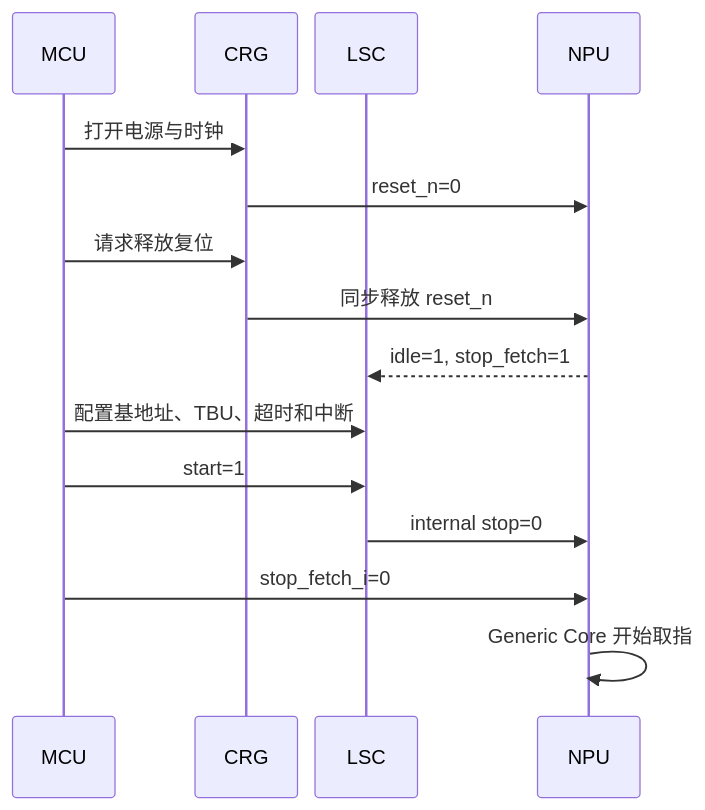
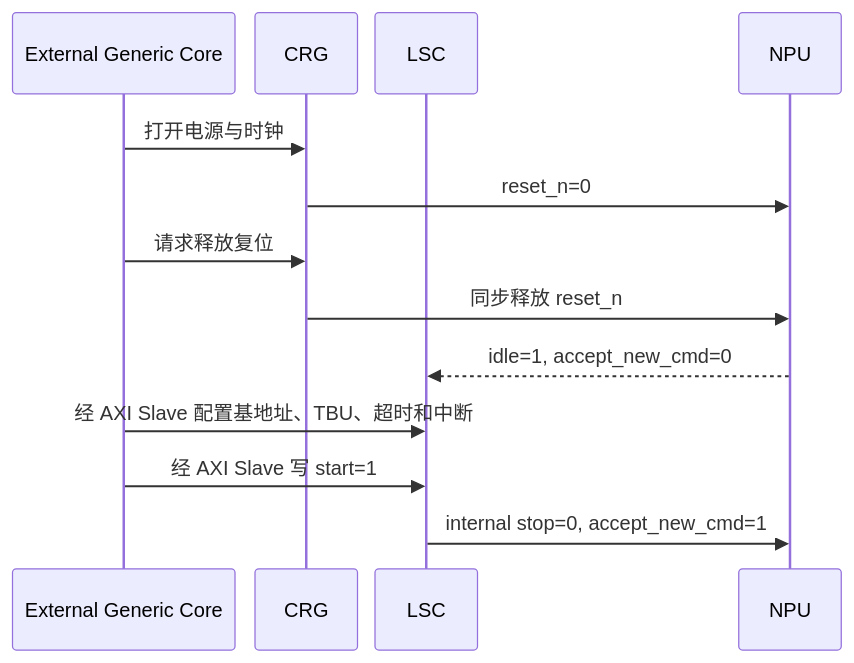
One commit to Little-W/Obsidian changed diagram 13 of 17 in NPU/NPU 指令与硬件架构设计 Spec.md. Above: the diagram before and after it, drawn with Mermaid. The commit also changed other lines of this file and 30 other files, not shown here.

````diff
--- a/NPU/NPU 指令与硬件架构设计 Spec.md
+++ b/NPU/NPU 指令与硬件架构设计 Spec.md
@@ -4852,19 +4647,17 @@
 ```mermaid
 %%{init: {"sequence": {"useMaxWidth": true, "actorMargin": 14, "width": 82, "messageMargin": 10, "noteMargin": 6}, "themeVariables": {"fontSize": "11px"}}}%%
 sequenceDiagram
-    participant MCU
+    participant CPU as External Generic Core
     participant CRG
     participant LSC
     participant NPU
 
-    MCU->>CRG: 打开电源与时钟
+    CPU->>CRG: 打开电源与时钟
     CRG->>NPU: reset_n=0
-    MCU->>CRG: 请求释放复位
+    CPU->>CRG: 请求释放复位
     CRG->>NPU: 同步释放 reset_n
-    NPU-->>LSC: idle=1, stop_fetch=1
-    MCU->>LSC: 配置基地址、TBU、超时和中断
-    MCU->>LSC: start=1
-    LSC->>NPU: internal stop=0
-    MCU->>NPU: stop_fetch_i=0
-    NPU->>NPU: Generic Core 开始取指
+    NPU-->>LSC: idle=1, accept_new_cmd=0
+    CPU->>LSC: 经 AXI Slave 配置基地址、TBU、超时和中断
+    CPU->>LSC: 经 AXI Slave 写 start=1
+    LSC->>NPU: internal stop=0, accept_new_cmd=1
 ```
````
